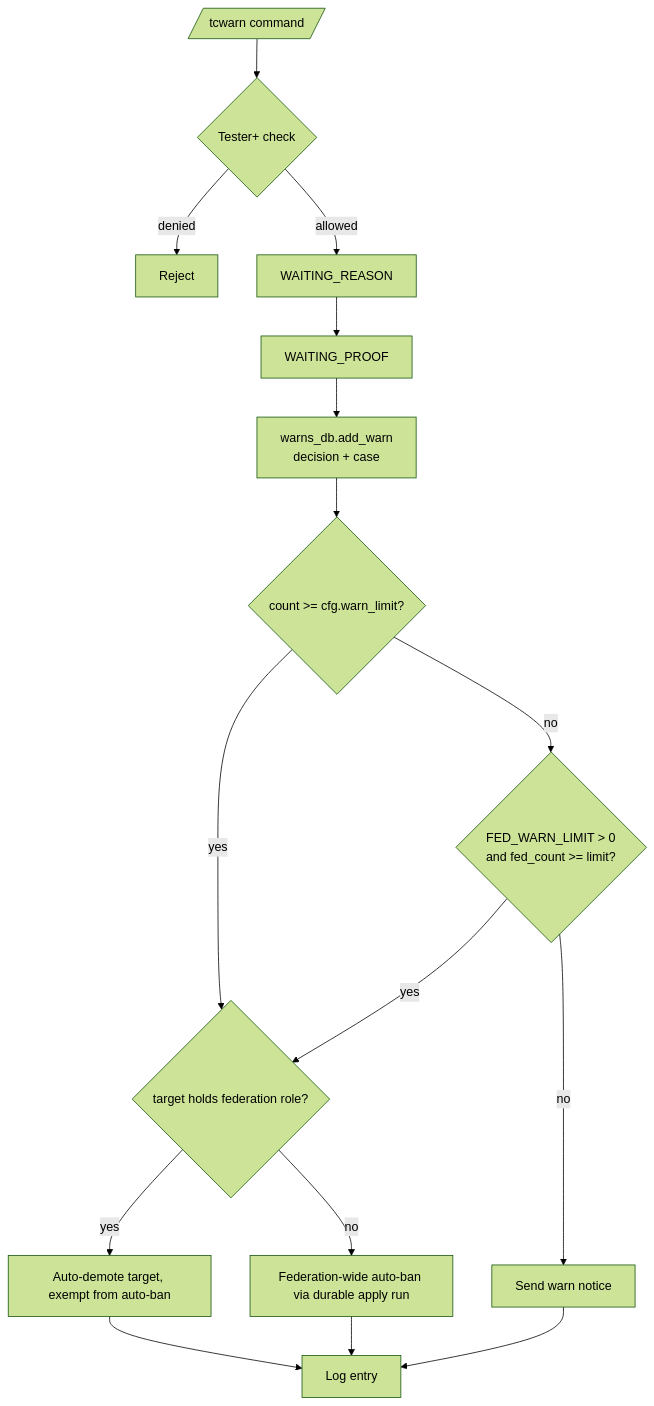
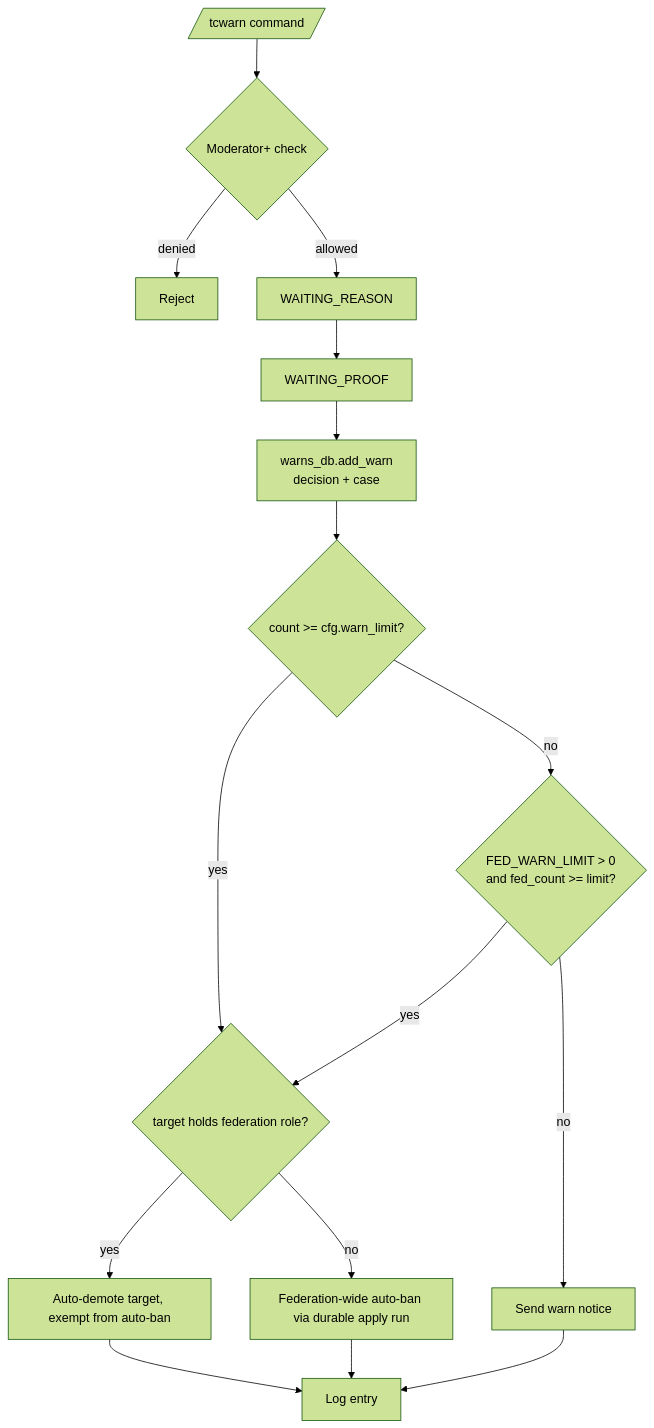
Before and after one commit to D1ZZY4/tcbot: the diagram in docs/features/moderation/warnings.md, drawn with Mermaid (forest theme). The commit also changed other lines of this file and 82 other files, not shown here.

````diff
--- a/docs/features/moderation/warnings.md
+++ b/docs/features/moderation/warnings.md
@@ -10,18 +10,18 @@
 ```mermaid
 flowchart TD
-    Cmd[/tcwarn command/] --> Permission{Tester+ check}
+    Cmd[/tcwarn command/] --> Permission{Moderator+ check}
     Permission -->|denied| End1[Reject]
     Permission -->|allowed| Reason[WAITING_REASON]
     Reason --> Proof[WAITING_PROOF]
     Proof --> AddWarn[warns_db.add_warn<br/>decision + case]
     AddWarn --> CheckPerGroup{count >= cfg.warn_limit?}
     CheckPerGroup -->|yes| RoleCheck{target holds federation role?}
     RoleCheck -->|yes| Exempt[Auto-demote target, exempt from auto-ban]
     RoleCheck -->|no| AutoBan[Federation-wide auto-ban via durable apply run]
     CheckPerGroup -->|no| CheckFed{FED_WARN_LIMIT > 0<br/>and fed_count >= limit?}
     CheckFed -->|yes| RoleCheck
     CheckFed -->|no| Notify[Send warn notice]
     Notify --> Log[Log entry]
     AutoBan --> Log
     Exempt --> Log
 ```
````
